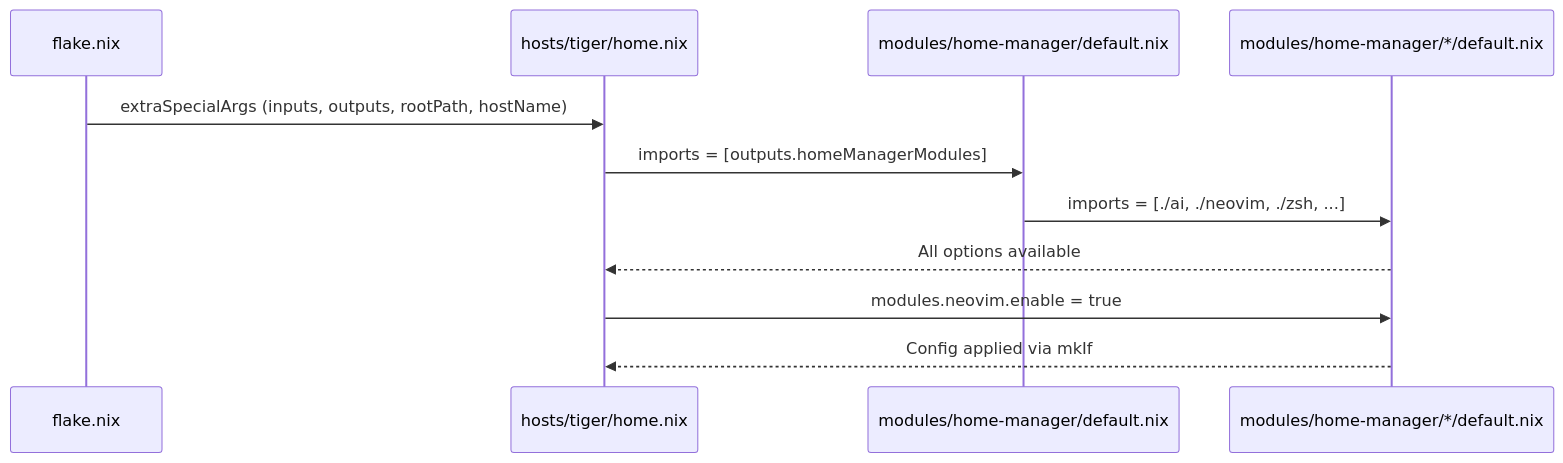
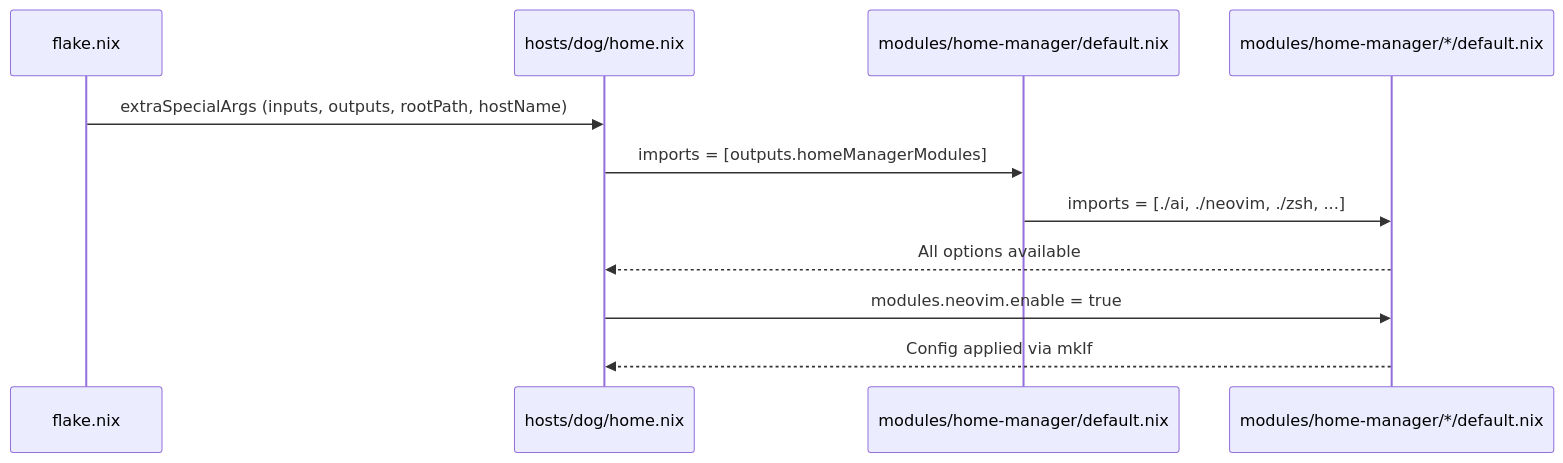
One commit to idjoo/dotfiles changed the sixth of 14 diagrams in docs/ARCHITECTURE.md. Above: the diagram before and after it, drawn with Mermaid. The commit also changed other lines of this file and 3 other files, not shown here.

First line of the commit message:
docs: 📝 document dog and dragon as the only hosts

````diff
--- a/docs/ARCHITECTURE.md
+++ b/docs/ARCHITECTURE.md
@@ -259,14 +236,14 @@
 ```mermaid
 sequenceDiagram
     participant F as flake.nix
-    participant H as hosts/tiger/home.nix
+    participant H as hosts/dog/home.nix
     participant M as modules/home-manager/default.nix
     participant S as modules/home-manager/*/default.nix
 
     F->>H: extraSpecialArgs (inputs, outputs, rootPath, hostName)
     H->>M: imports = [outputs.homeManagerModules]
     M->>S: imports = [./ai, ./neovim, ./zsh, ...]
     S-->>H: All options available
     H->>S: modules.neovim.enable = true
     S-->>H: Config applied via mkIf
 ```
````
